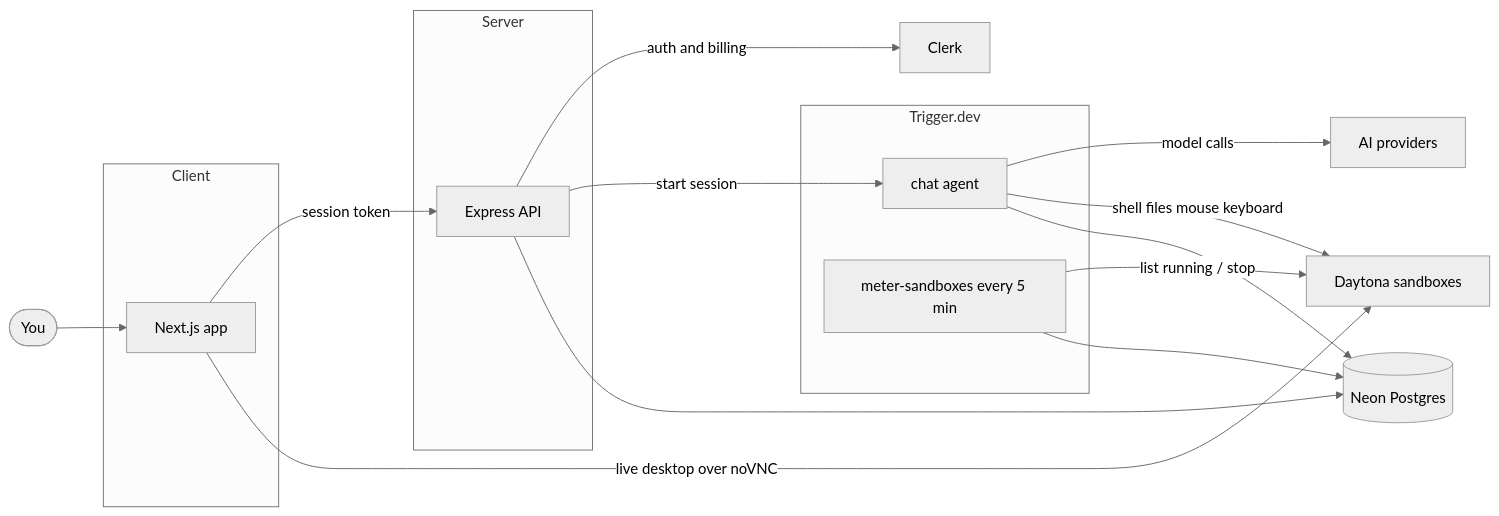
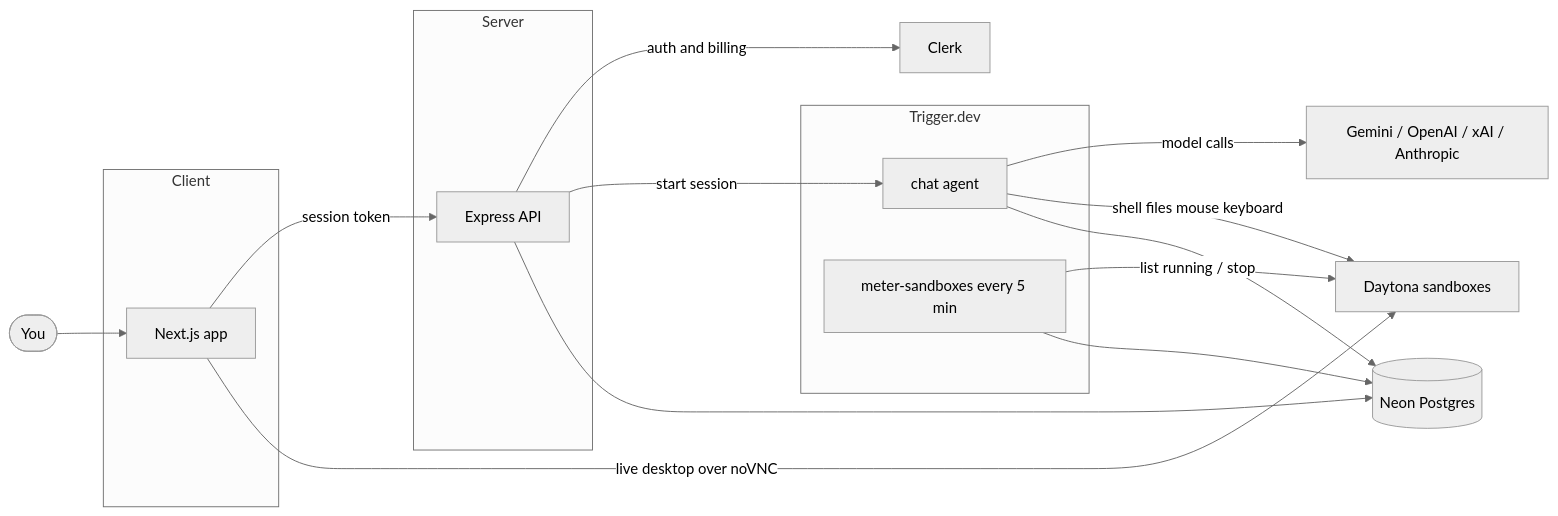
One commit to chukshon/taskmate changed the diagram in README.md. Above: the diagram before and after it, drawn with Mermaid (neutral theme). The commit also changed other lines of this file, not shown here.

Commit message:
docs: expand README product, providers, and env setup

````diff
--- a/README.md
+++ b/README.md
@@ -55,31 +78,31 @@
 ```mermaid
 flowchart LR
   U([You]) --> WEB
 
   subgraph Client
     WEB[Next.js app]
   end
 
   WEB -- session token --> API
 
   subgraph Server
     API[Express API]
   end
 
   API -- auth and billing --> CLERK[Clerk]
   API -- start session --> AGENT
 
   subgraph Trigger.dev
     AGENT[chat agent]
     METER[meter-sandboxes every 5 min]
   end
 
-  AGENT -- model calls --> LLM[AI providers]
+  AGENT -- model calls --> LLM[Gemini / OpenAI / xAI / Anthropic]
   AGENT -- shell files mouse keyboard --> SANDBOX[Daytona sandboxes]
   WEB -- live desktop over noVNC --> SANDBOX
   METER -- list running / stop --> SANDBOX
 
   API --> DB[(Neon Postgres)]
   AGENT --> DB
   METER --> DB
 ```
````
